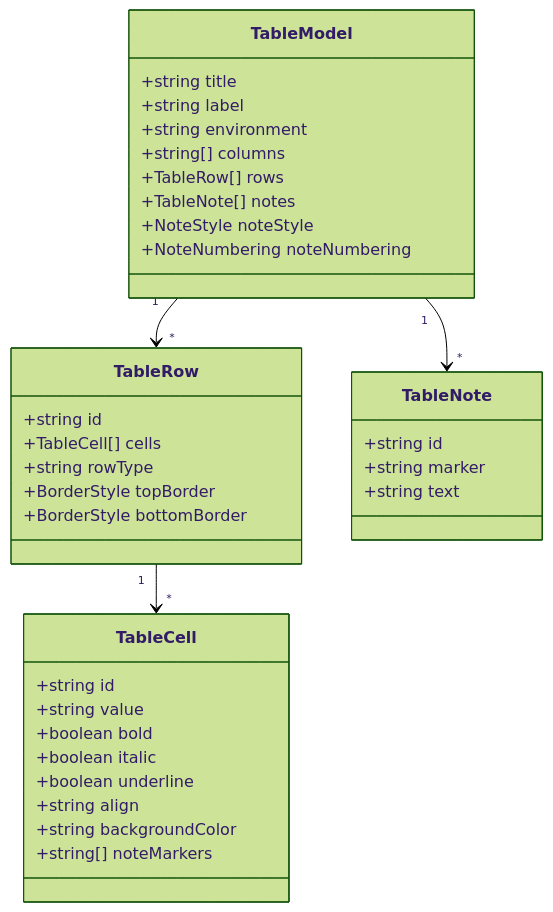
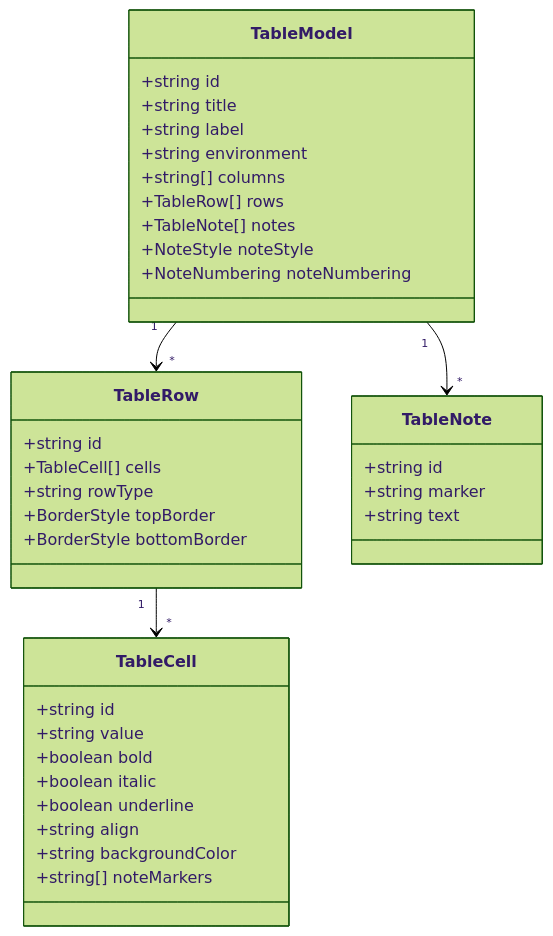
One commit to Axe0320/latex-table-composer changed the third of 4 diagrams in README.md. Above: the diagram before and after it, drawn with Mermaid (forest theme). The commit also changed other lines of this file and 17 other files, not shown here.

````diff
--- a/README.md
+++ b/README.md
@@ -160,38 +176,39 @@
 ```mermaid
 classDiagram
     class TableModel {
+        +string id
         +string title
         +string label
         +string environment
         +string[] columns
         +TableRow[] rows
         +TableNote[] notes
         +NoteStyle noteStyle
         +NoteNumbering noteNumbering
     }
     class TableRow {
         +string id
         +TableCell[] cells
         +string rowType
         +BorderStyle topBorder
         +BorderStyle bottomBorder
     }
     class TableCell {
         +string id
         +string value
         +boolean bold
         +boolean italic
         +boolean underline
         +string align
         +string backgroundColor
         +string[] noteMarkers
     }
     class TableNote {
         +string id
         +string marker
         +string text
     }
     TableModel "1" --> "*" TableRow
     TableRow "1" --> "*" TableCell
     TableModel "1" --> "*" TableNote
 ```
````
